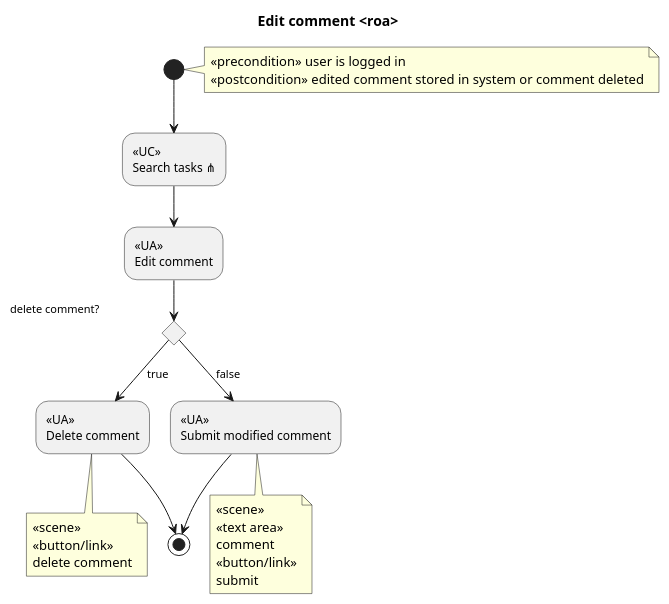
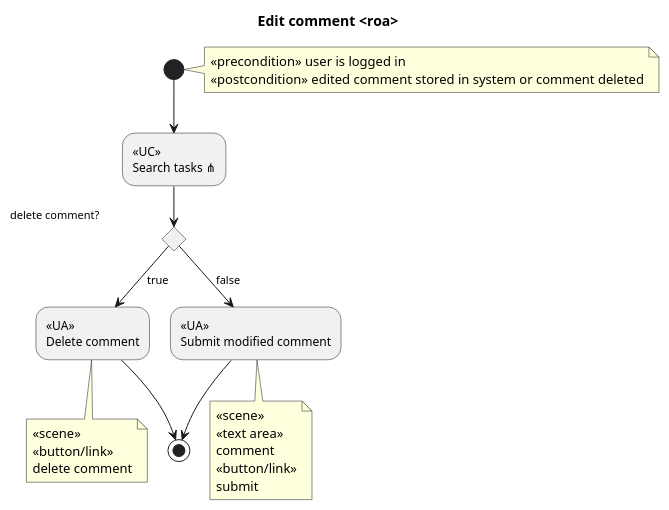
One commit to bzg/bugpile changed diagram 15 of 40 in doc/worg/org-contrib/gsoc2012/student-projects/bugpile/i.org. Above: the diagram before and after it, drawn with PlantUML. The commit also changed other lines of this file and 2 other files, not shown here.

Commit message:
i.org tutorial on worg: use case diagrams written.

```diff
--- a/doc/worg/org-contrib/gsoc2012/student-projects/bugpile/i.org
+++ b/doc/worg/org-contrib/gsoc2012/student-projects/bugpile/i.org
@@ -881,15 +880,14 @@
 #+begin_src plantuml :file ../../../../images/gsoc/2012/bugpile/edit-comment-uml-roa.png 
   title Edit comment <roa>
   note right: <<precondition>> user is logged in\n<<postcondition>> edited comment stored in system or comment deleted
   (*) --> "<<UC>>\nSearch tasks ⋔" 
-  --> "<<UA>>\nEdit comment"
   if "delete comment?                   " then
     --> [true] "<<UA>>\nDelete comment"
     note bottom: <<scene>>\n<<button/link>>\ndelete comment
     --> (*)
   else
     --> [false] "<<UA>>\nSubmit modified comment"
         note bottom: <<scene>>\n<<text area>>\ncomment\n<<button/link>>\nsubmit
     --> (*)
   endif
 #+end_src
```
